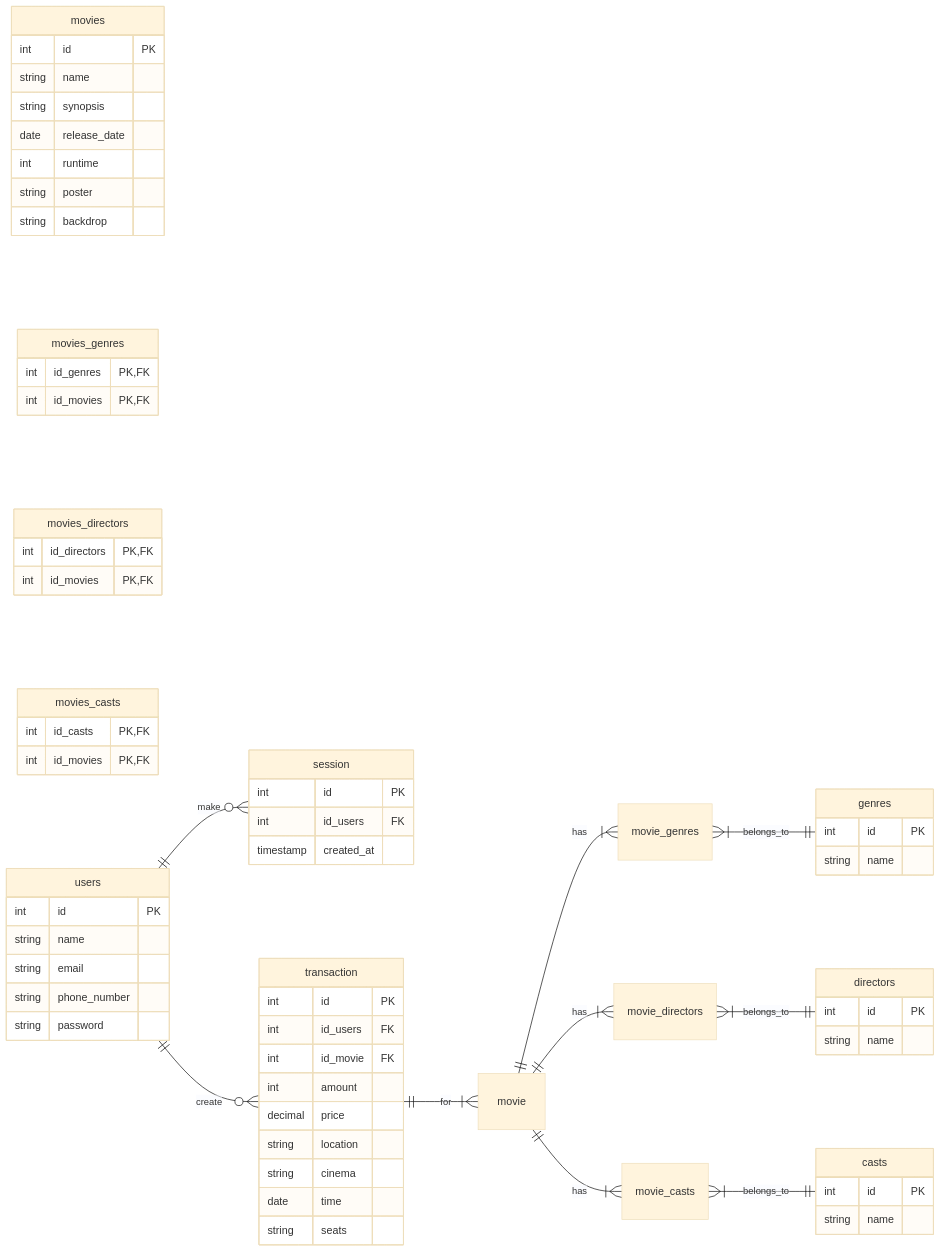
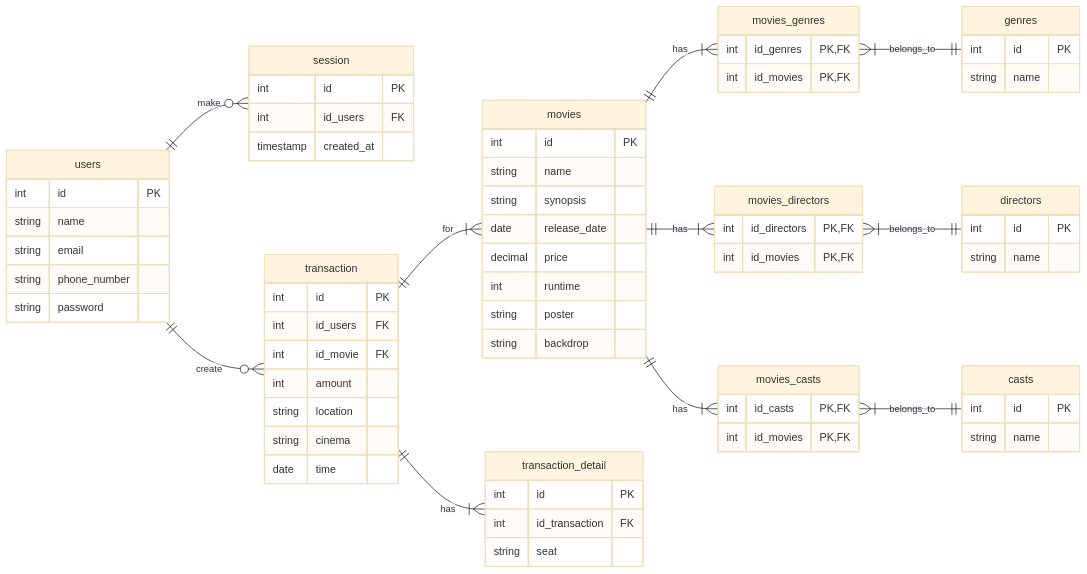
The diagram in README.md (mdavindarinaldy/fgo24-db-weeklytask), drawn with Mermaid (base theme) before and after one commit.

Commit message:
docs: add transaction_detail table and move price to movies table

````diff
--- a/README.md
+++ b/README.md
@@ -6,72 +6,77 @@
 ```mermaid
 erDiagram
     direction LR
     movies {
         int id PK
         string name
         string synopsis
         date release_date
+        decimal price 
         int runtime
         string poster
         string backdrop
     }
     genres { 
         int id PK
         string name
     }
     movies_genres {
         int id_genres PK,FK
         int id_movies PK,FK
     }
     directors {
         int id PK
         string name
     }
     movies_directors {
         int id_directors PK,FK
         int id_movies PK,FK
     }
     casts {
         int id PK
         string name
     }
     movies_casts {
         int id_casts PK,FK
         int id_movies PK,FK
     }
     users {
         int id PK
         string name
         string email
         string phone_number
         string password
     }
     session {
         int id PK
         int id_users FK
         timestamp created_at
     }
     transaction {
         int id PK
         int id_users FK
         int id_movie FK
         int amount
-        decimal price 
         string location
         string cinema
         date time
-        string seats
     }
-    movie ||--|{ movie_genres: has
-    movie_genres }|--|| genres: belongs_to
+    transaction_detail {
+        int id PK
+        int id_transaction FK
+        string seat
+    }
+    movies ||--|{ movies_genres: has
+    movies_genres }|--|| genres: belongs_to
 
-    movie ||--|{ movie_directors: has
-    movie_directors }|--|| directors: belongs_to
+    movies ||--|{ movies_directors: has
+    movies_directors }|--|| directors: belongs_to
 
-    movie ||--|{ movie_casts: has
-    movie_casts }|--|| casts: belongs_to
+    movies ||--|{ movies_casts: has
+    movies_casts }|--|| casts: belongs_to
 
     users ||--o{ session: make
     users ||--o{ transaction: create
-    transaction ||--|{ movie: for
+    transaction ||--|{ movies: for
+    transaction ||--|{ transaction_detail: has 
 ```
````
